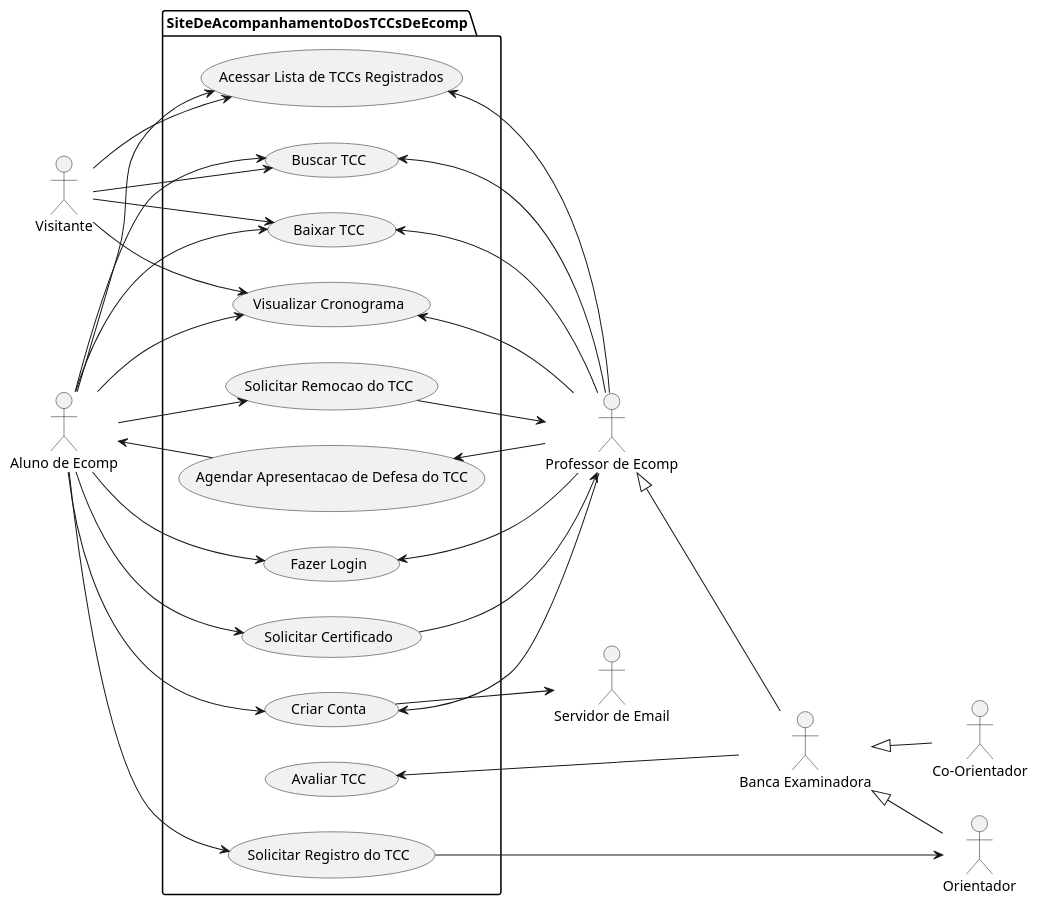
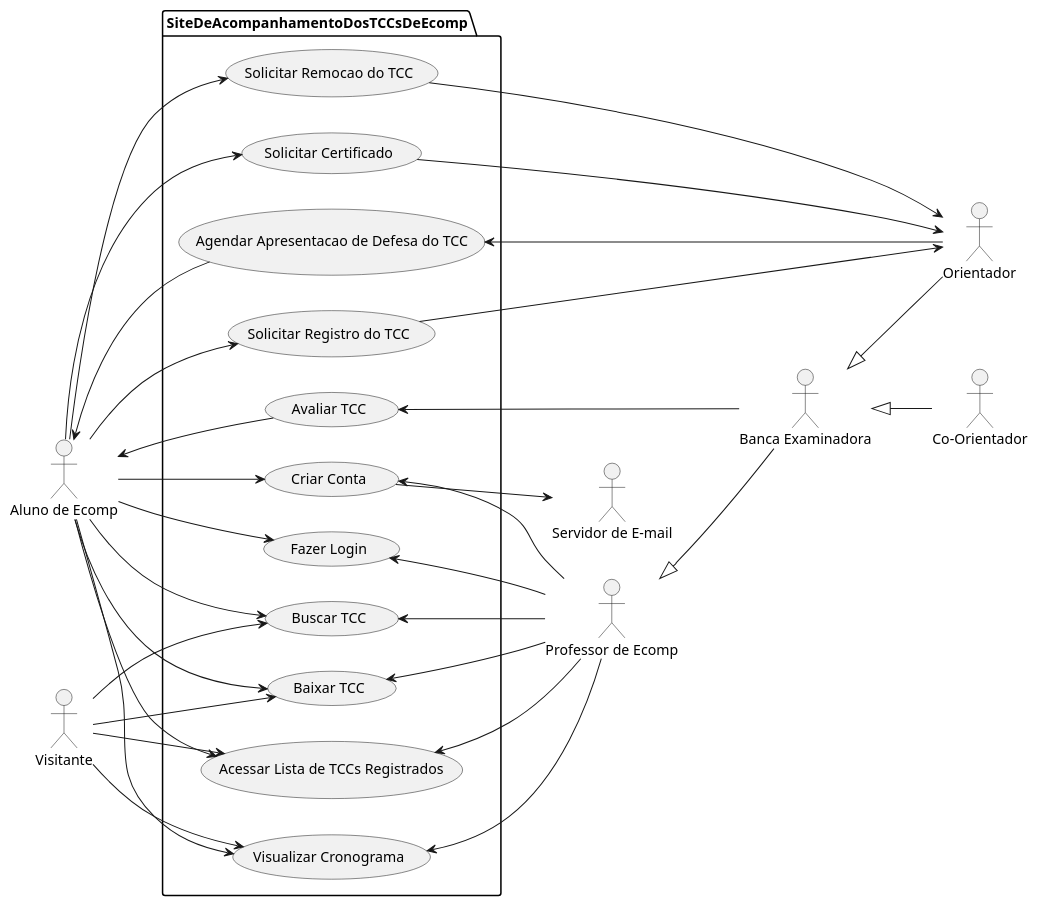
One commit to OsSociologos/SITCC changed the diagram in Casos de Uso/useCases.plantuml. Above: the diagram before and after it, drawn with PlantUML.

Commit message:
Update useCases.plantuml
Alteração nas relações de alguns Casos de Uso

```diff
--- a/Casos de Uso/useCases.plantuml
+++ b/Casos de Uso/useCases.plantuml
@@ -1,61 +1,62 @@
 @startuml Diagrama de Casos de Uso
 
 left to right direction
 :Aluno de Ecomp:
 :Visitante: 
-:Servidor de Email:
+:Servidor de E-mail:
 :Professor de Ecomp: 
 :Orientador:
 :Co-Orientador:
 :Banca Examinadora:
 
 
 package SiteDeAcompanhamentoDosTCCsDeEcomp{
     (Criar Conta) 
     (Fazer Login) 
     (Visualizar Cronograma)
     (Solicitar Registro do TCC)
     (Acessar Lista de TCCs Registrados)
     (Baixar TCC)
     (Avaliar TCC)
     (Solicitar Certificado)
     (Agendar Apresentacao de Defesa do TCC)
     (Buscar TCC)
     (Solicitar Remocao do TCC)
 }
 
 :Visitante: --> (Visualizar Cronograma)
 :Visitante: --> (Acessar Lista de TCCs Registrados)
 :Visitante: --> (Baixar TCC)
 :Visitante: --> (Buscar TCC)
 
 :Professor de Ecomp: -up-> (Criar Conta)
 :Professor de Ecomp: -up-> (Fazer Login)
-:Professor de Ecomp: -up-> (Agendar Apresentacao de Defesa do TCC)
 :Professor de Ecomp: -up-> (Visualizar Cronograma)
 :Professor de Ecomp: -up-> (Acessar Lista de TCCs Registrados)
 :Professor de Ecomp: -up-> (Baixar TCC)
 :Professor de Ecomp: --> (Buscar TCC)
 
 :Aluno de Ecomp: --> (Criar Conta)
 :Aluno de Ecomp: --> (Fazer Login)
 :Aluno de Ecomp: --> (Solicitar Certificado)
 :Aluno de Ecomp: --> (Visualizar Cronograma)
 :Aluno de Ecomp: --> (Baixar TCC)
 :Aluno de Ecomp: --> (Acessar Lista de TCCs Registrados)
 :Aluno de Ecomp: --> (Solicitar Registro do TCC)
 :Aluno de Ecomp: --> (Buscar TCC)
 :Aluno de Ecomp: --> (Solicitar Remocao do TCC)
 
 :Orientador: -up-|> :Banca Examinadora:
 :Co-Orientador: -up-|> :Banca Examinadora:
 :Banca Examinadora: -up-|> :Professor de Ecomp:
 :Banca Examinadora: --> (Avaliar TCC)
+:Orientador: --> (Agendar Apresentacao de Defesa do TCC)
 
 (Agendar Apresentacao de Defesa do TCC) --> :Aluno de Ecomp:
-(Criar Conta) --> :Servidor de Email:
+(Criar Conta) --> :Servidor de E-mail:
 (Solicitar Registro do TCC) --> :Orientador:
-(Solicitar Certificado) --> :Professor de Ecomp:
-(Solicitar Remocao do TCC) --> :Professor de Ecomp:
+(Solicitar Certificado) --> :Orientador:
+(Solicitar Remocao do TCC) --> :Orientador:
+(Avaliar TCC) --> :Aluno de Ecomp:
 
 @enduml
```
